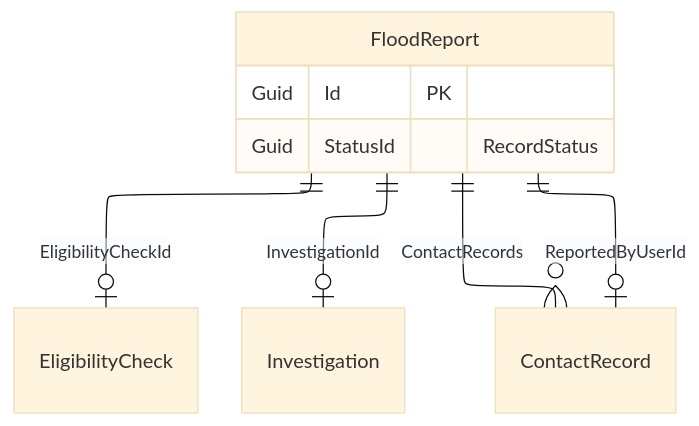
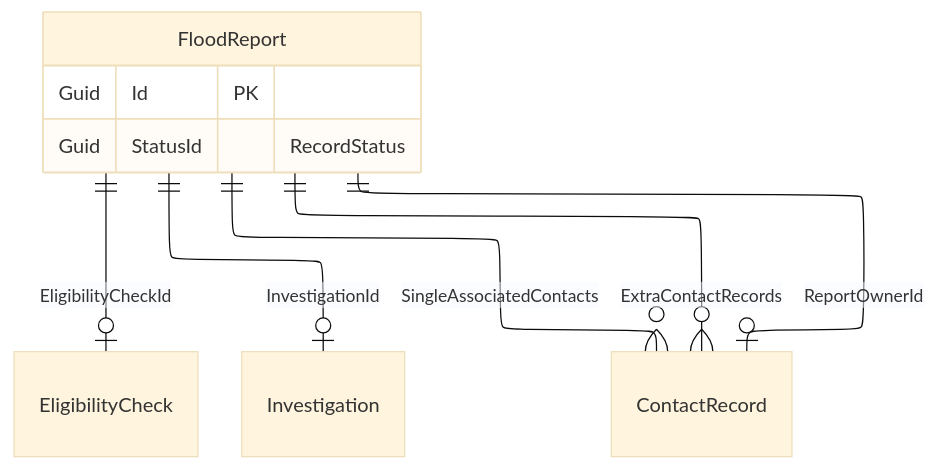
Before and after one commit to Dorset-Council-UK/FloodOnlineReportingTool.Public: the diagram in designs/FloodReport.md, drawn with Mermaid (base theme). The commit also changed other lines of this file and 1 other file, not shown here.

Commit message:
Changes to design documentation to reflect PR changes.

````diff
--- a/designs/FloodReport.md
+++ b/designs/FloodReport.md
@@ -20,15 +25,16 @@
 ```mermaid
 ---
 config:
   layout: elk
 ---
 erDiagram
   FloodReport {
     Guid Id PK
     Guid StatusId "RecordStatus"
   }
   FloodReport ||--o| EligibilityCheck : EligibilityCheckId
   FloodReport ||--o| Investigation : InvestigationId
-  FloodReport ||--o| ContactRecord : ReportedByUserId
-  FloodReport ||--o{ ContactRecord : ContactRecords
+  FloodReport ||--o| ContactRecord : ReportOwnerId
+  FloodReport ||--o{ ContactRecord : ExtraContactRecords
+  FloodReport ||--o{ ContactRecord : SingleAssociatedContacts
 ```
````
